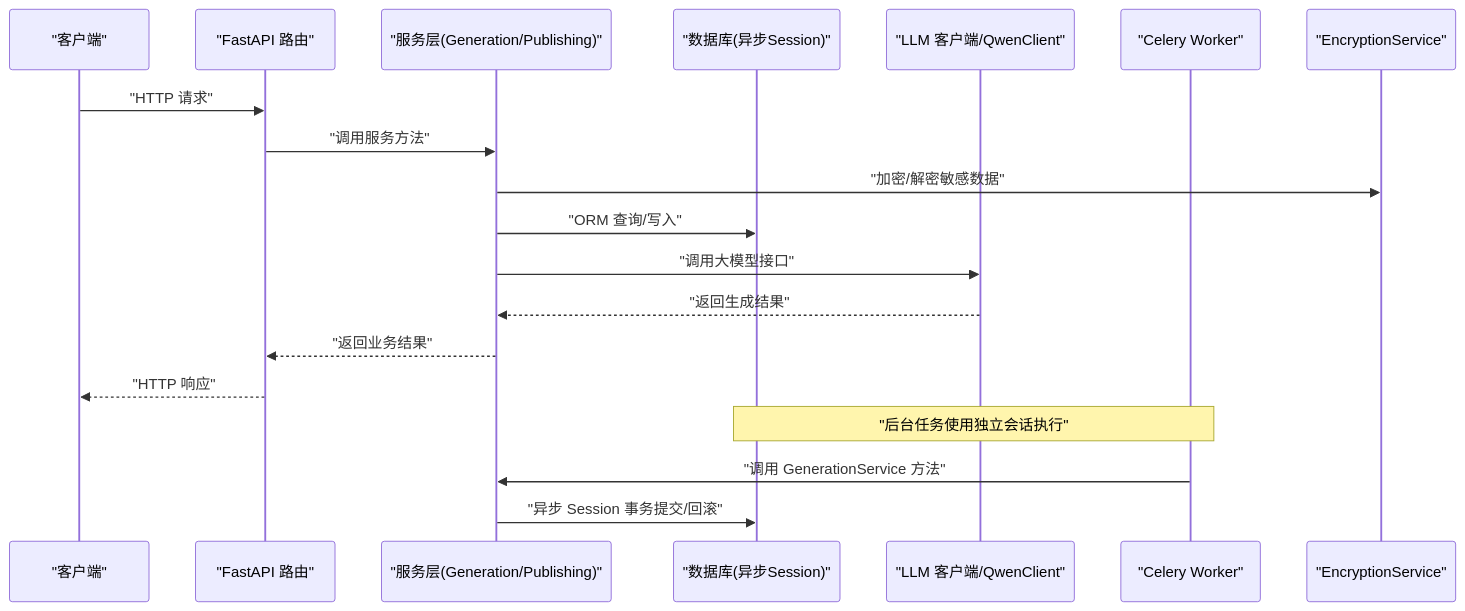
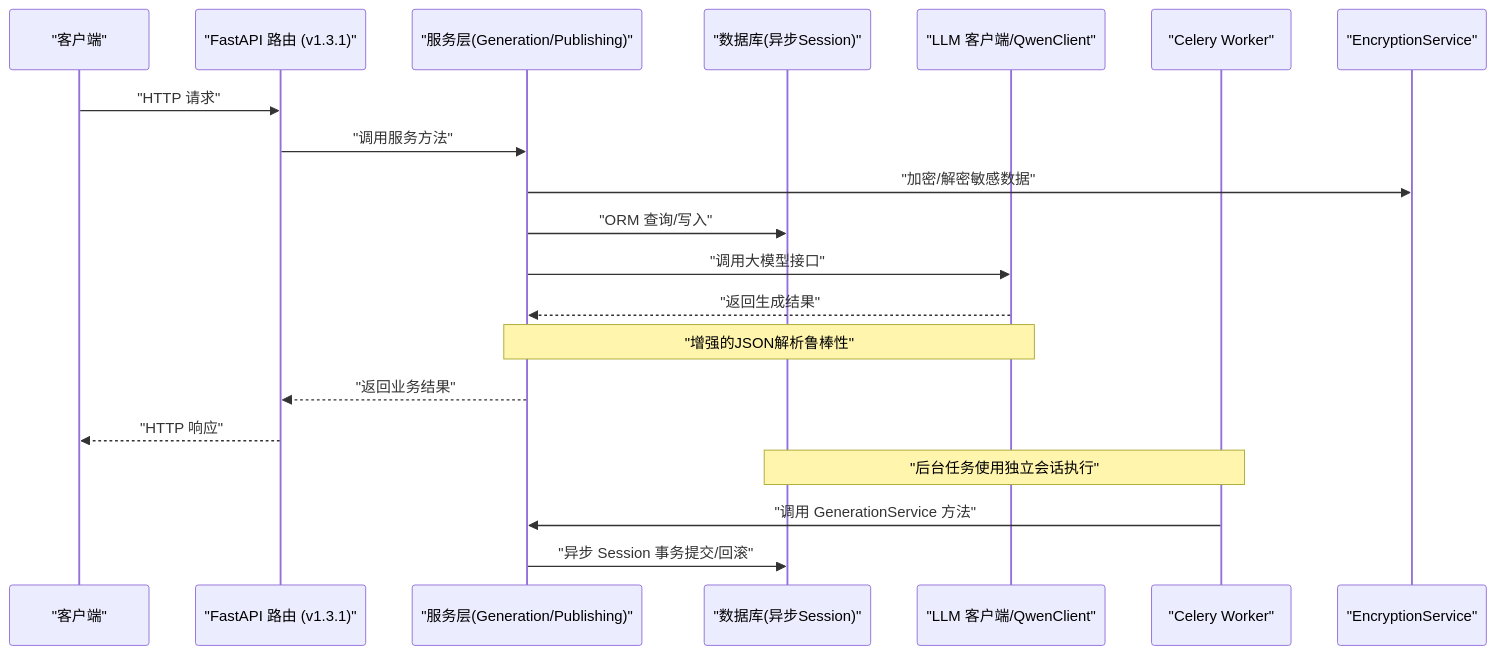
One commit to xfbyxq/ai-novel-system changed the second of 10 diagrams in .qoder/repowiki/zh/content/后端架构/后端架构.md. Above: the diagram before and after it, drawn with Mermaid. The commit also changed other lines of this file and 14 other files, not shown here.

````diff
--- a/.qoder/repowiki/zh/content/后端架构/后端架构.md
+++ b/.qoder/repowiki/zh/content/后端架构/后端架构.md
@@ -171,21 +171,22 @@
 ```mermaid
 sequenceDiagram
 participant Client as "客户端"
-participant API as "FastAPI 路由"
+participant API as "FastAPI 路由 (v1.3.1)"
 participant Svc as "服务层(Generation/Publishing)"
 participant DB as "数据库(异步Session)"
 participant LLM as "LLM 客户端/QwenClient"
 participant Celery as "Celery Worker"
 participant Enc as "EncryptionService"
 Client->>API : "HTTP 请求"
 API->>Svc : "调用服务方法"
 Svc->>Enc : "加密/解密敏感数据"
 Svc->>DB : "ORM 查询/写入"
 Svc->>LLM : "调用大模型接口"
 LLM-->>Svc : "返回生成结果"
+Note over Svc,LLM : "增强的JSON解析鲁棒性"
 Svc-->>API : "返回业务结果"
 API-->>Client : "HTTP 响应"
 Note over Celery,DB : "后台任务使用独立会话执行"
 Celery->>Svc : "调用 GenerationService 方法"
 Svc->>DB : "异步 Session 事务提交/回滚"
 ```
````
